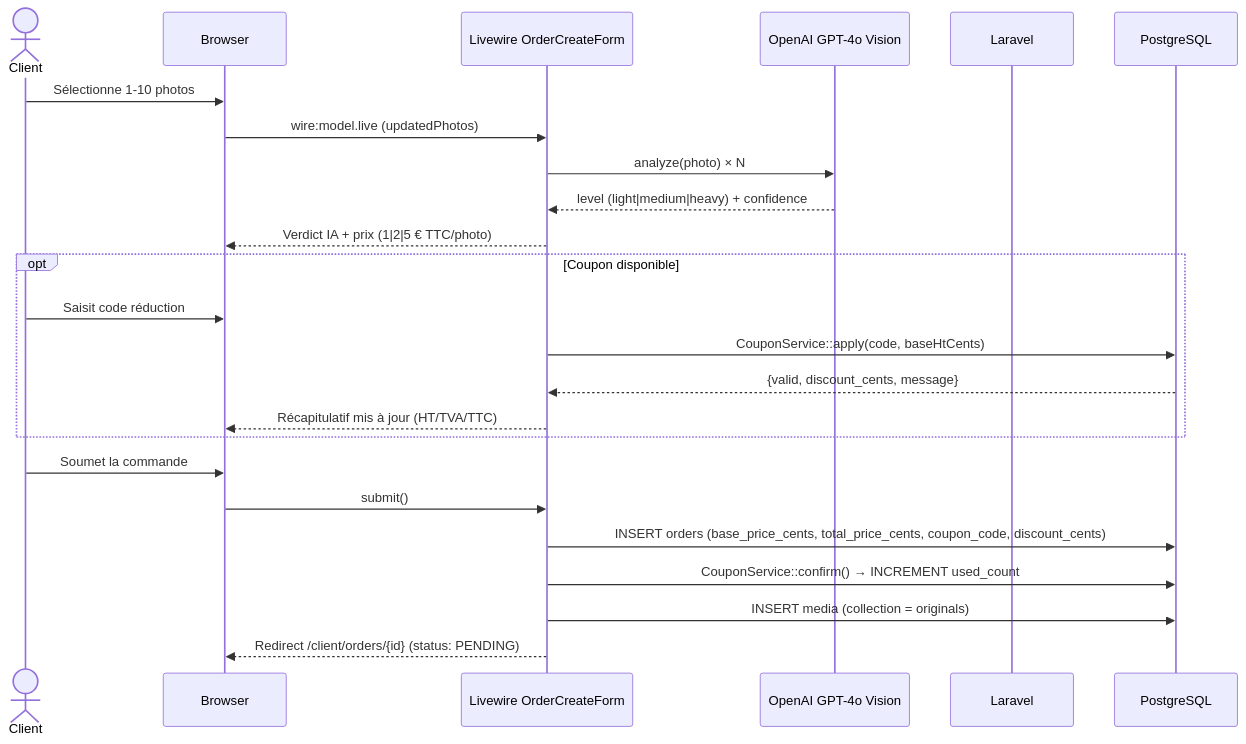
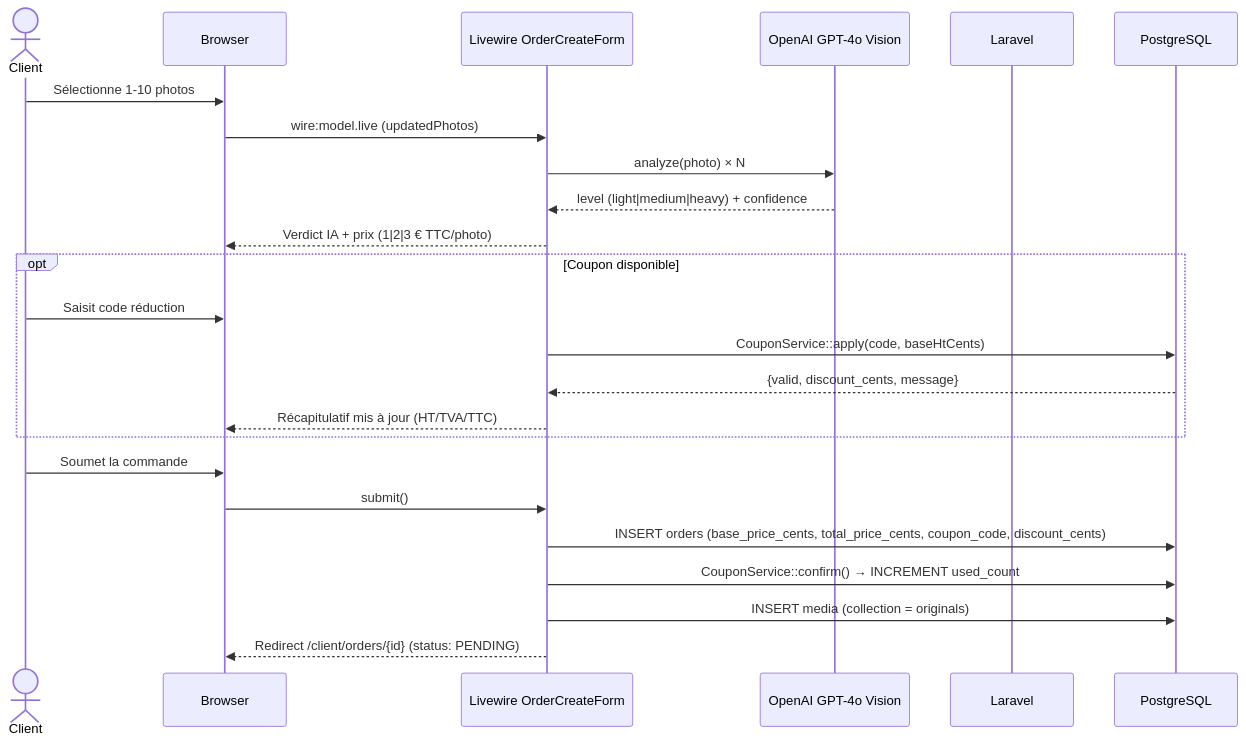
The fourth of 12 diagrams in docs/architecture.mdx (zyrass/OmnyRestore), drawn with Mermaid before and after one commit. The commit also changed other lines of this file and 7 other files, not shown here.

````diff
--- a/docs/architecture.mdx
+++ b/docs/architecture.mdx
@@ -223,29 +224,29 @@
 ```mermaid
 sequenceDiagram
     actor Client
     participant Browser
     participant Livewire as Livewire OrderCreateForm
     participant OpenAI as OpenAI GPT-4o Vision
     participant Laravel
     participant DB as PostgreSQL
 
     Client->>Browser: Sélectionne 1-10 photos
     Browser->>Livewire: wire:model.live (updatedPhotos)
     Livewire->>OpenAI: analyze(photo) × N
     OpenAI-->>Livewire: level (light|medium|heavy) + confidence
-    Livewire-->>Browser: Verdict IA + prix (1|2|5 € TTC/photo)
+    Livewire-->>Browser: Verdict IA + prix (1|2|3 € TTC/photo)
 
     opt Coupon disponible
         Client->>Browser: Saisit code réduction
         Livewire->>DB: CouponService::apply(code, baseHtCents)
         DB-->>Livewire: {valid, discount_cents, message}
         Livewire-->>Browser: Récapitulatif mis à jour (HT/TVA/TTC)
     end
 
     Client->>Browser: Soumet la commande
     Browser->>Livewire: submit()
     Livewire->>DB: INSERT orders (base_price_cents, total_price_cents, coupon_code, discount_cents)
     Livewire->>DB: CouponService::confirm() → INCREMENT used_count
     Livewire->>DB: INSERT media (collection = originals)
     Livewire-->>Browser: Redirect /client/orders/{id} (status: PENDING)
 ```
````
